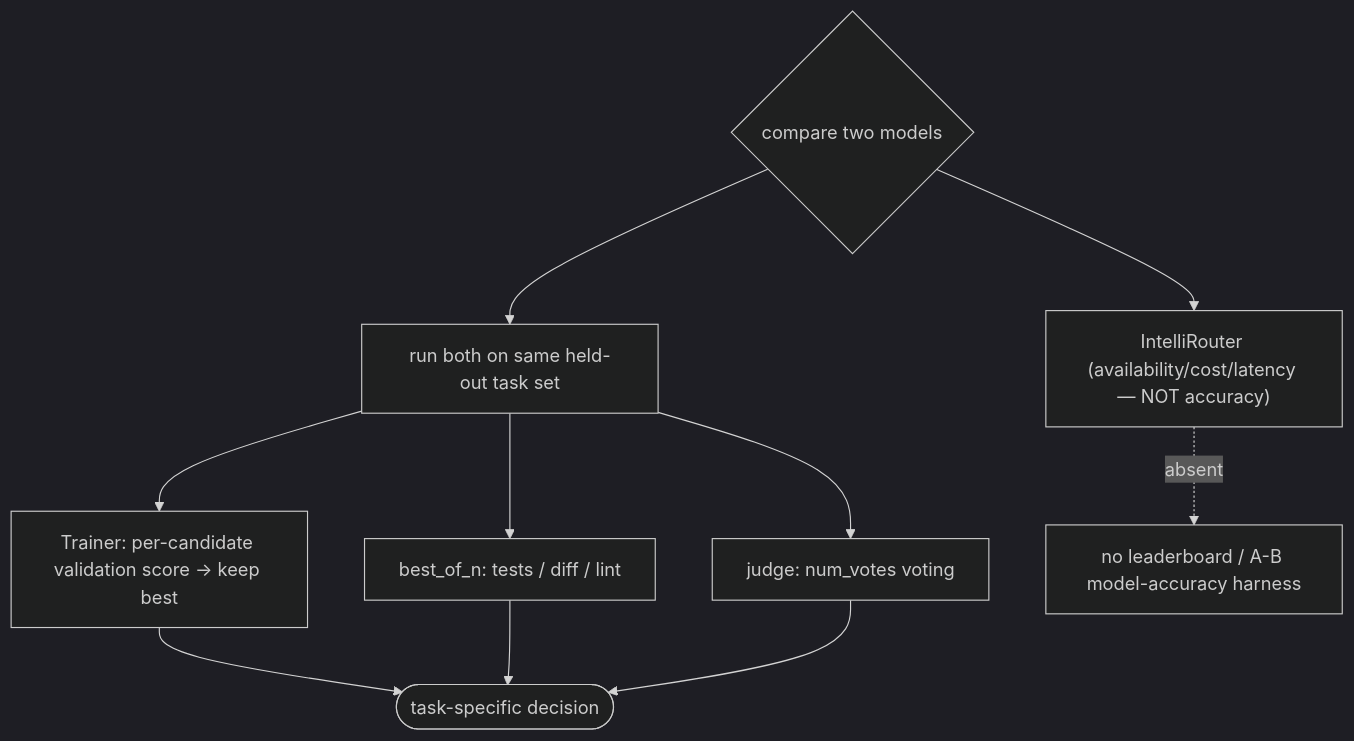
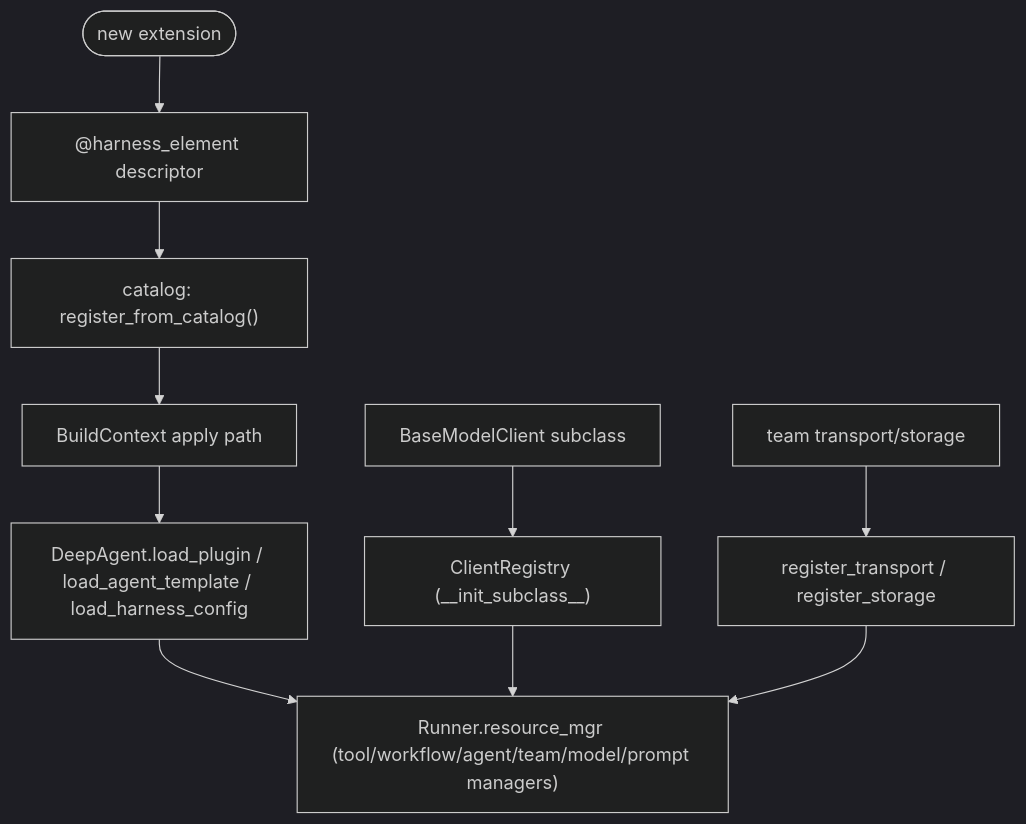
Before and after one commit to michaelatamuk/openjiuwen-jiuwenswarm: the third of 5 diagrams in docs-michael/interview_questions/10-general-engineering.md, drawn with Mermaid (dark theme). The commit also changed other lines of this file and 9 other files, not shown here.

````diff
--- a/docs-michael/interview_questions/10-general-engineering.md
+++ b/docs-michael/interview_questions/10-general-engineering.md
@@ -72,12 +52,12 @@
 ```mermaid
 flowchart TD
-    CMP{"compare two models"} --> ROUTE["IntelliRouter (availability/cost/latency — NOT accuracy)"]
-    CMP --> EVAL["run both on same held-out task set"]
-    EVAL --> TR["Trainer: per-candidate validation score → keep best"]
-    EVAL --> BON["best_of_n: tests / diff / lint"]
-    EVAL --> JUDGE["judge: num_votes voting"]
-    TR --> DEC(["task-specific decision"])
-    BON --> DEC
-    JUDGE --> DEC
-    ROUTE -.->|"absent"| X["no leaderboard / A-B model-accuracy harness"]
+    DEV(["new extension"]) --> E["@harness_element descriptor"]
+    E --> CAT["catalog: register_from_catalog()"]
+    CAT --> BC["BuildContext apply path"]
+    BC --> PL["DeepAgent.load_plugin / load_agent_template / load_harness_config"]
+    MC["BaseModelClient subclass"] --> CR["ClientRegistry (__init_subclass__)"]
+    TEAM["team transport/storage"] --> RR["register_transport / register_storage"]
+    PL --> RM["Runner.resource_mgr (tool/workflow/agent/team/model/prompt managers)"]
+    CR --> RM
+    RR --> RM
 ```
````
